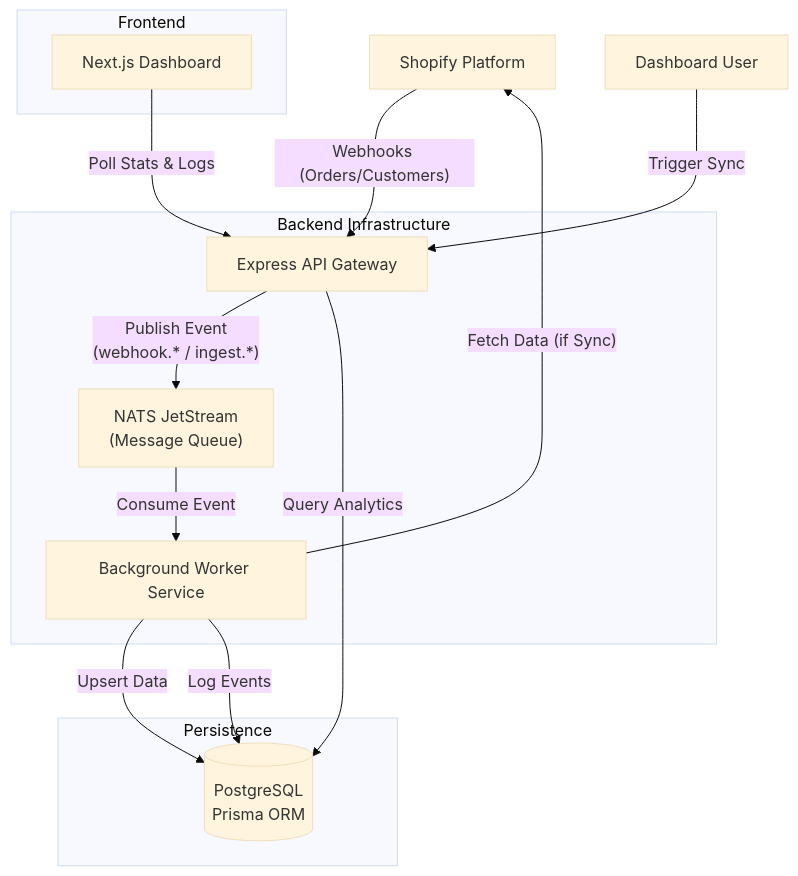
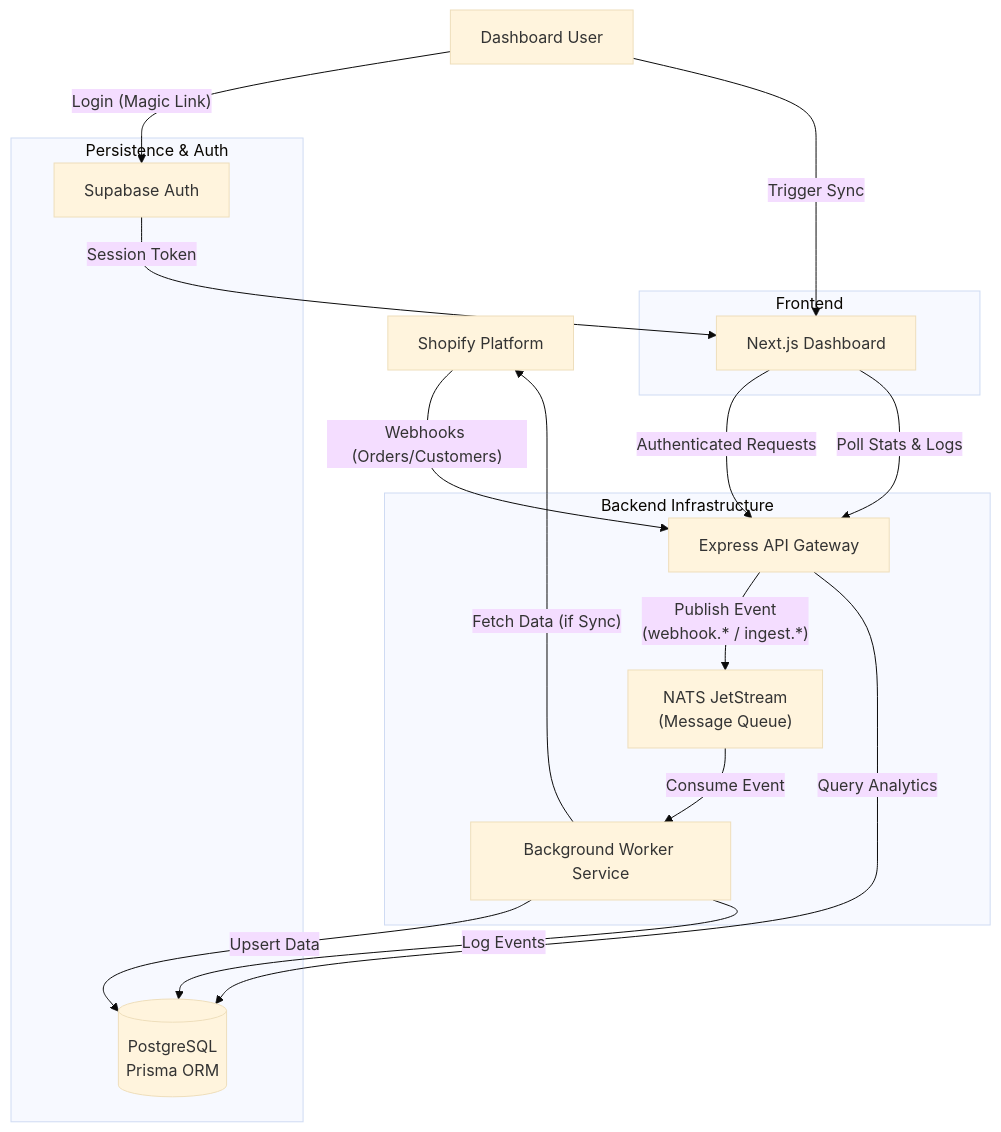
The diagram in README.md (deepak4124/xeno_assignment), drawn with Mermaid (base theme) before and after one commit.

Commit message:
feat(docs): update README to reflect changes in data storage and authentication flow

````diff
--- a/README.md
+++ b/README.md
@@ -23,38 +23,43 @@
 ```mermaid
 graph TD
     %% External Actors
     Shopify[Shopify Platform]
     User[Dashboard User]
 
     %% Backend Services
     subgraph "Backend Infrastructure"
         API[Express API Gateway]
         NATS["NATS JetStream<br/>(Message Queue)"]
         Worker[Background Worker Service]
     end
 
-    %% Data Storage
-    subgraph "Persistence"
+    %% Data Storage & Auth
+    subgraph "Persistence & Auth"
         DB[("PostgreSQL<br/>Prisma ORM")]
+        SupabaseAuth[Supabase Auth]
     end
 
     %% Frontend
     subgraph "Frontend"
         Dashboard[Next.js Dashboard]
     end
 
     %% Flows
     Shopify -- "Webhooks (Orders/Customers)" --> API
-    User -- "Trigger Sync" --> API
+    User -- "Login (Magic Link)" --> SupabaseAuth
+    SupabaseAuth -- "Session Token" --> Dashboard
+    User -- "Trigger Sync" --> Dashboard
+    
+    Dashboard -- "Authenticated Requests" --> API
     
     API -- "Publish Event<br/>(webhook.* / ingest.*)" --> NATS
     
     NATS -- "Consume Event" --> Worker
     
     Worker -- "Fetch Data (if Sync)" --> Shopify
     Worker -- "Upsert Data" --> DB
     Worker -- "Log Events" --> DB
     
     Dashboard -- "Poll Stats & Logs" --> API
     API -- "Query Analytics" --> DB
 ```
````
